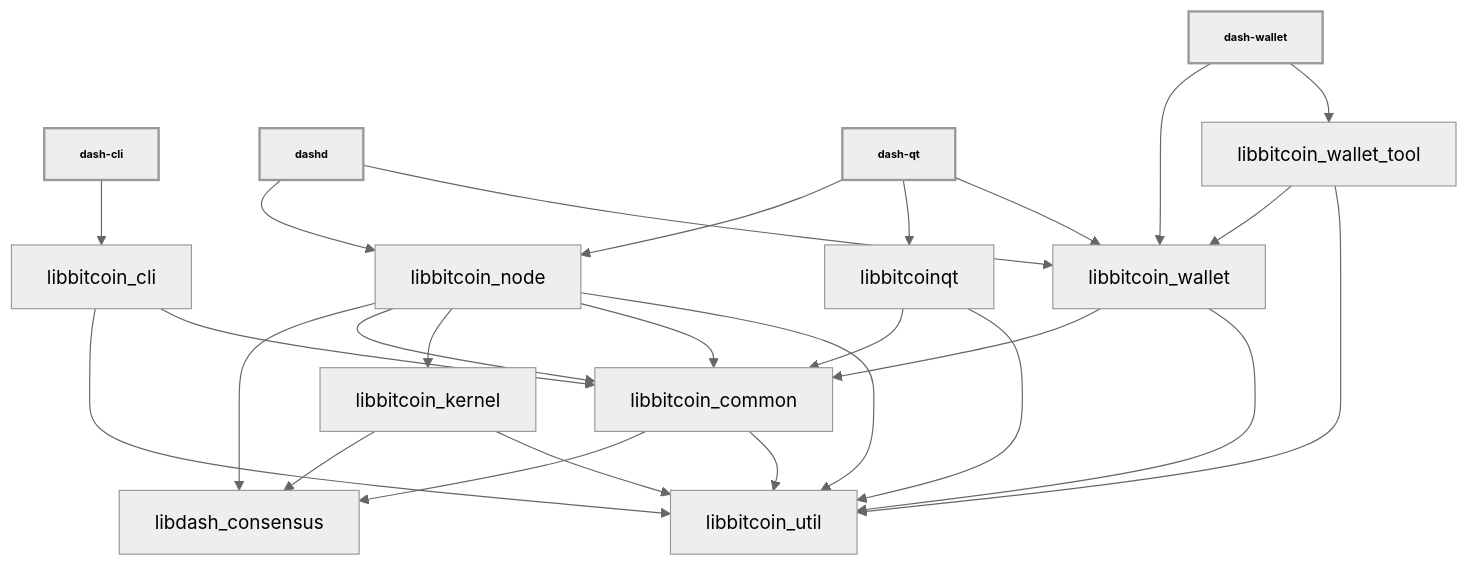
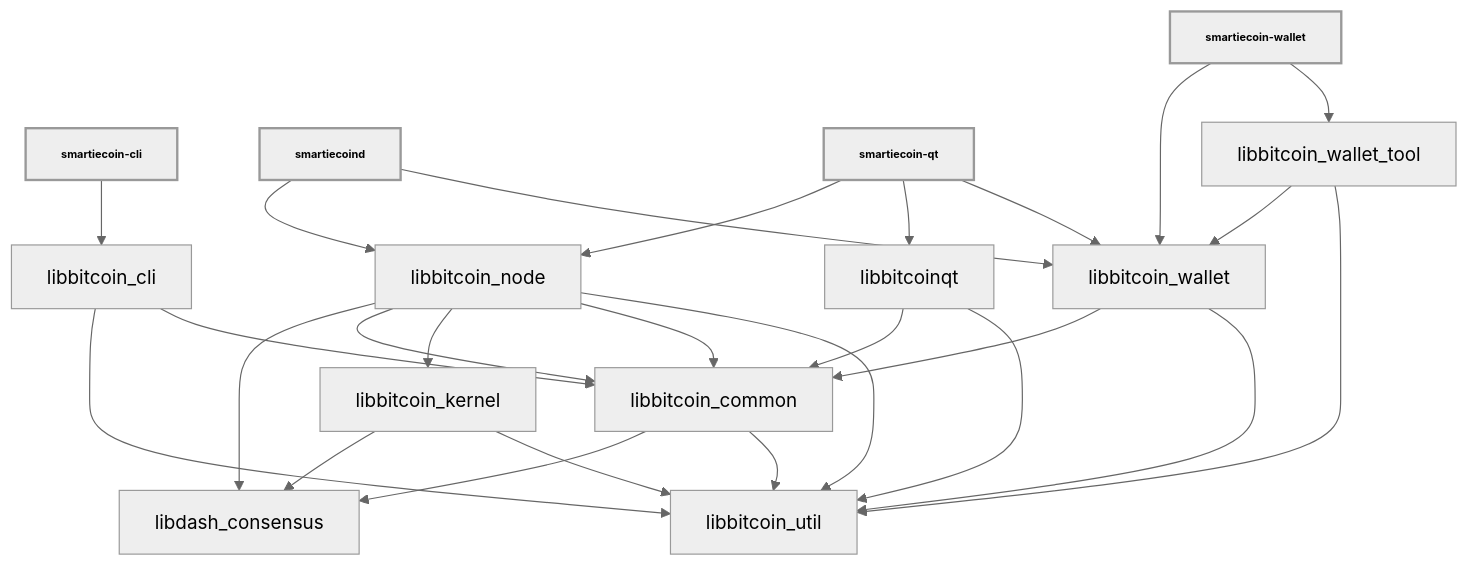
One commit to SmartiesCoin/Smartiecoin changed the diagram in doc/design/libraries.md. Above: the diagram before and after it, drawn with Mermaid (neutral theme). The commit also changed other lines of this file and 195 other files, not shown here.

````diff
--- a/doc/design/libraries.md
+++ b/doc/design/libraries.md
@@ -38,45 +38,45 @@
 ```mermaid
 
 %%{ init : { "flowchart" : { "curve" : "basis" }}}%%
 
 graph TD;
 
-dash-cli[dash-cli]-->libbitcoin_cli;
+smartiecoin-cli[smartiecoin-cli]-->libbitcoin_cli;
 
-dashd[dashd]-->libbitcoin_node;
-dashd[dashd]-->libbitcoin_wallet;
+smartiecoind[smartiecoind]-->libbitcoin_node;
+smartiecoind[smartiecoind]-->libbitcoin_wallet;
 
-dash-qt[dash-qt]-->libbitcoin_node;
-dash-qt[dash-qt]-->libbitcoinqt;
-dash-qt[dash-qt]-->libbitcoin_wallet;
+smartiecoin-qt[smartiecoin-qt]-->libbitcoin_node;
+smartiecoin-qt[smartiecoin-qt]-->libbitcoinqt;
+smartiecoin-qt[smartiecoin-qt]-->libbitcoin_wallet;
 
-dash-wallet[dash-wallet]-->libbitcoin_wallet;
-dash-wallet[dash-wallet]-->libbitcoin_wallet_tool;
+smartiecoin-wallet[smartiecoin-wallet]-->libbitcoin_wallet;
+smartiecoin-wallet[smartiecoin-wallet]-->libbitcoin_wallet_tool;
 
 libbitcoin_cli-->libbitcoin_util;
 libbitcoin_cli-->libbitcoin_common;
 
 libbitcoin_common-->libdash_consensus;
 libbitcoin_common-->libbitcoin_util;
 
 libbitcoin_kernel-->libdash_consensus;
 libbitcoin_kernel-->libbitcoin_util;
 
 libbitcoin_node-->libdash_consensus;
 libbitcoin_node-->libbitcoin_common;
 libbitcoin_node-->libbitcoin_kernel;
 libbitcoin_node-->libbitcoin_common;
 libbitcoin_node-->libbitcoin_util;
 
 libbitcoinqt-->libbitcoin_common;
 libbitcoinqt-->libbitcoin_util;
 
 libbitcoin_wallet-->libbitcoin_common;
 libbitcoin_wallet-->libbitcoin_util;
 
 libbitcoin_wallet_tool-->libbitcoin_wallet;
 libbitcoin_wallet_tool-->libbitcoin_util;
 
 classDef bold stroke-width:2px, font-weight:bold, font-size: smaller;
-class dash-qt,dashd,dash-cli,dash-wallet bold
+class smartiecoin-qt,smartiecoind,smartiecoin-cli,smartiecoin-wallet bold
 ```
````
